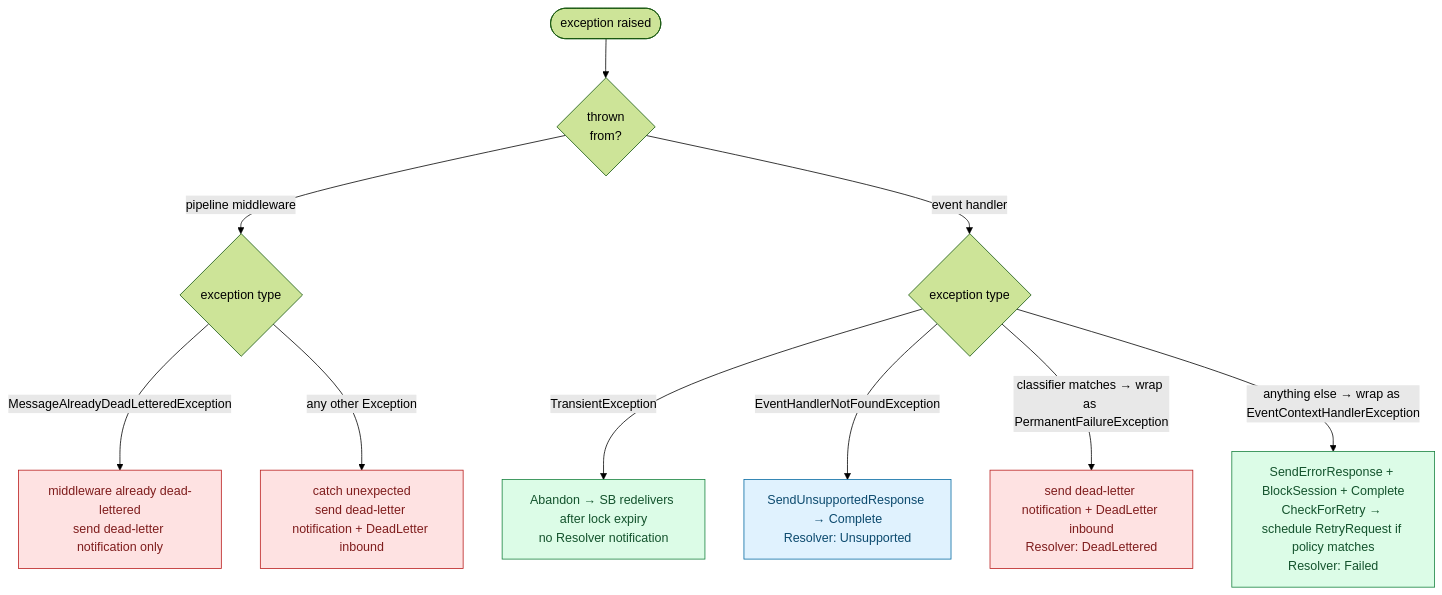
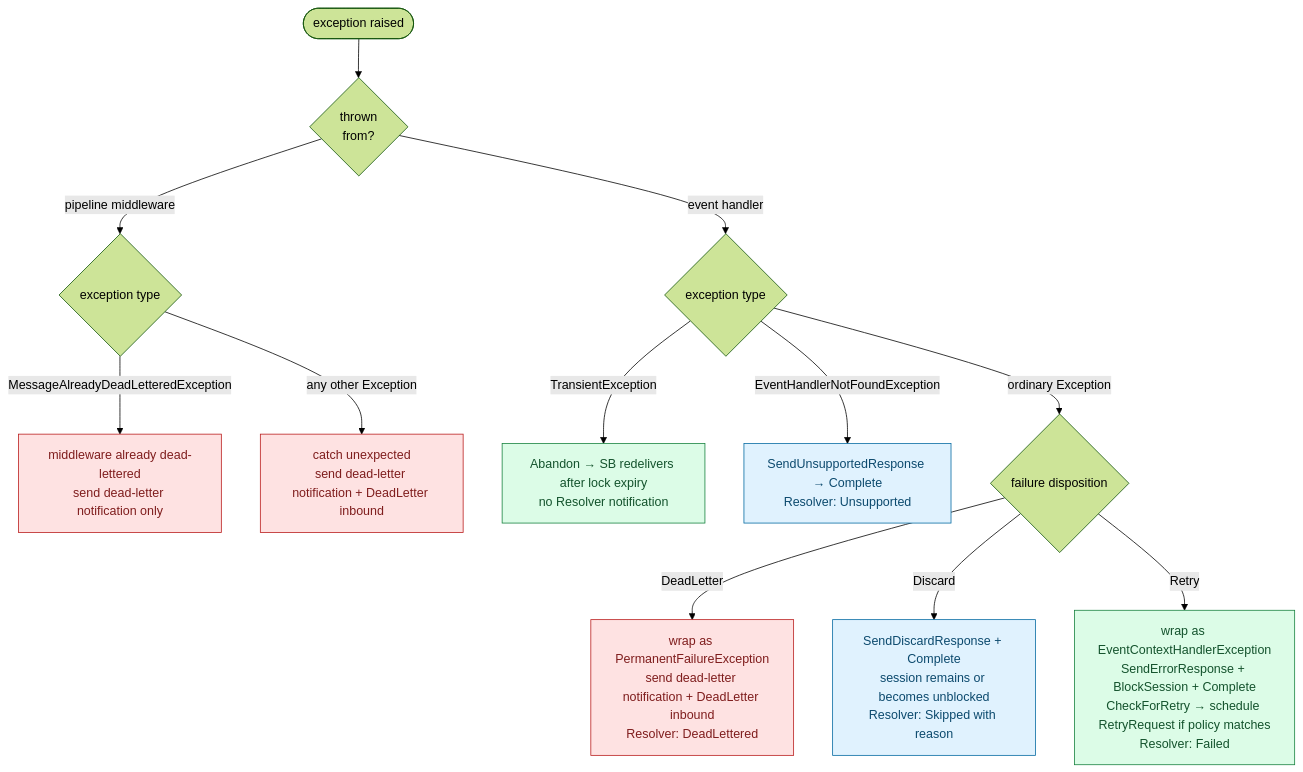
One commit to akakaule/NimBus changed the first of 4 diagrams in docs/error-handling.md. Above: the diagram before and after it, drawn with Mermaid (forest theme). The commit also changed other lines of this file and 18 other files, not shown here.

Commit message:
feat(core): add discard failure disposition (#77)

````diff
--- a/docs/error-handling.md
+++ b/docs/error-handling.md
@@ -25,23 +25,25 @@
 ```mermaid
 flowchart TD
     Start([exception raised]) --> Origin{thrown<br/>from?}
 
     Origin -- pipeline middleware --> Mw{exception type}
     Origin -- event handler --> Hc{exception type}
 
     Mw -- MessageAlreadyDeadLetteredException --> MwDLQ[middleware already dead-lettered<br/>send dead-letter notification only]
     Mw -- any other Exception --> MwUnex[catch unexpected<br/>send dead-letter notification + DeadLetter inbound]
 
     Hc -- TransientException --> Trans[Abandon → SB redelivers after lock expiry<br/>no Resolver notification]
     Hc -- EventHandlerNotFoundException --> Unsup[SendUnsupportedResponse → Complete<br/>Resolver: Unsupported]
-    Hc -- classifier matches → wrap as PermanentFailureException --> Perm[send dead-letter notification + DeadLetter inbound<br/>Resolver: DeadLettered]
-    Hc -- anything else → wrap as EventContextHandlerException --> Ech[SendErrorResponse + BlockSession + Complete<br/>CheckForRetry → schedule RetryRequest if policy matches<br/>Resolver: Failed]
+    Hc -- ordinary Exception --> Classify{failure disposition}
+    Classify -- DeadLetter --> Perm[wrap as PermanentFailureException<br/>send dead-letter notification + DeadLetter inbound<br/>Resolver: DeadLettered]
+    Classify -- Discard --> Disc[SendDiscardResponse + Complete<br/>session remains or becomes unblocked<br/>Resolver: Skipped with reason]
+    Classify -- Retry --> Ech[wrap as EventContextHandlerException<br/>SendErrorResponse + BlockSession + Complete<br/>CheckForRetry → schedule RetryRequest if policy matches<br/>Resolver: Failed]
 
     classDef terminal fill:#fee2e2,stroke:#b91c1c,color:#7f1d1d
     classDef recover  fill:#dcfce7,stroke:#15803d,color:#14532d
     classDef neutral  fill:#e0f2fe,stroke:#0369a1,color:#0c4a6e
 
     class MwDLQ,MwUnex,Perm terminal
     class Trans,Ech recover
-    class Unsup neutral
+    class Unsup,Disc neutral
 ```
````
